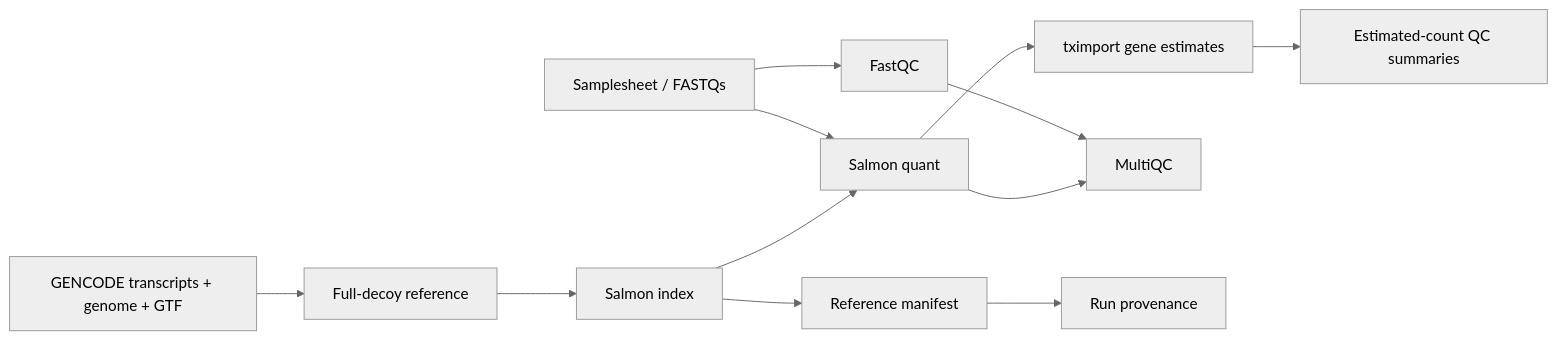
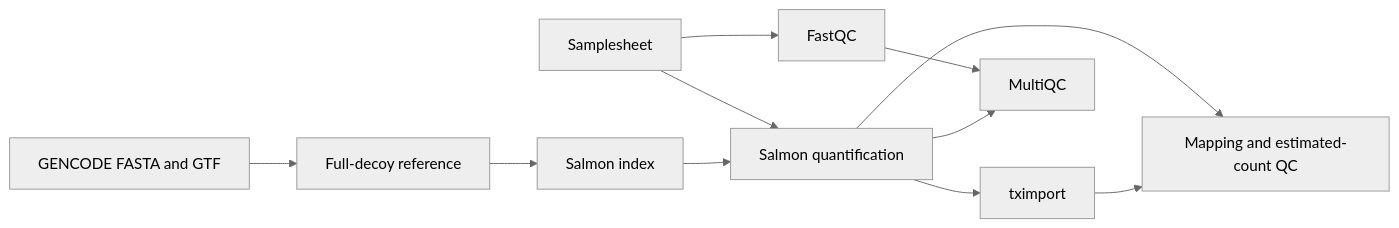
Before and after one commit to Thokas99/simple-nextflow-salmon: the diagram in README.md, drawn with Mermaid (neutral theme). The commit also changed other lines of this file and 26 other files, not shown here.

````diff
--- a/README.md
+++ b/README.md
@@ -52,14 +44,13 @@
 ```mermaid
 flowchart LR
-  A[Samplesheet / FASTQs] --> B[FastQC]
-  A --> C[Salmon quant]
-  R[GENCODE transcripts + genome + GTF] --> D[Full-decoy reference]
-  D --> E[Salmon index]
-  E --> C
-  C --> F[tximport gene estimates]
-  F --> G[Estimated-count QC summaries]
-  B --> H[MultiQC]
-  C --> H
-  E --> I[Reference manifest]
-  I --> J[Run provenance]
+  S[Samplesheet] --> F[FastQC]
+  S --> Q[Salmon quantification]
+  R[GENCODE FASTA and GTF] --> D[Full-decoy reference]
+  D --> I[Salmon index]
+  I --> Q
+  Q --> T[tximport]
+  Q --> C[Mapping and estimated-count QC]
+  T --> C
+  F --> M[MultiQC]
+  Q --> M
 ```
````
